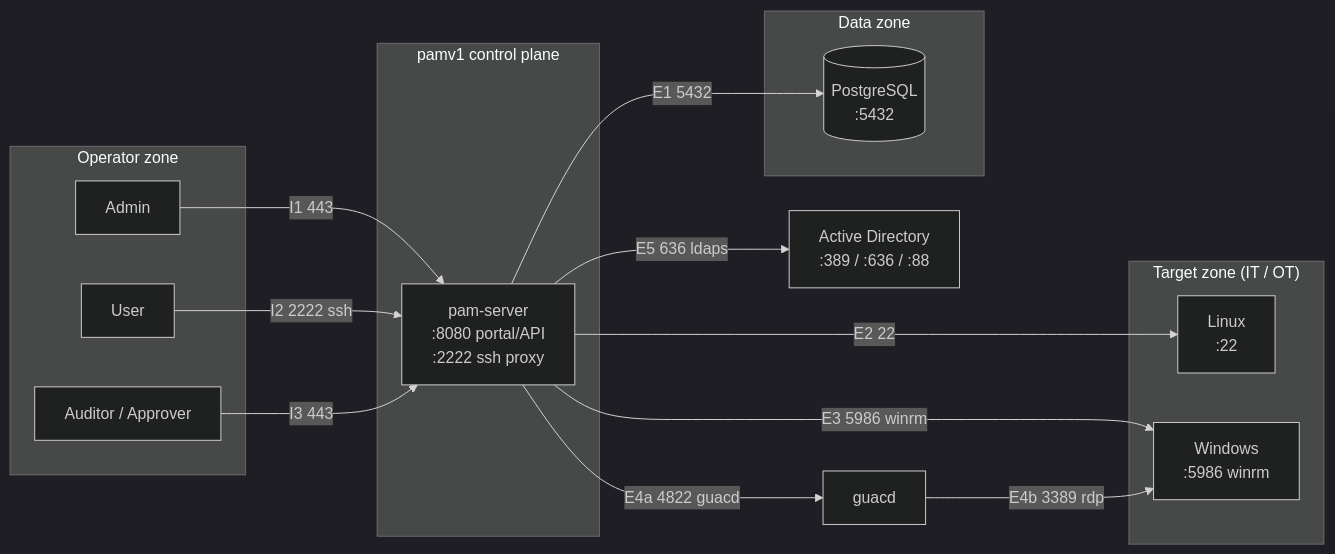
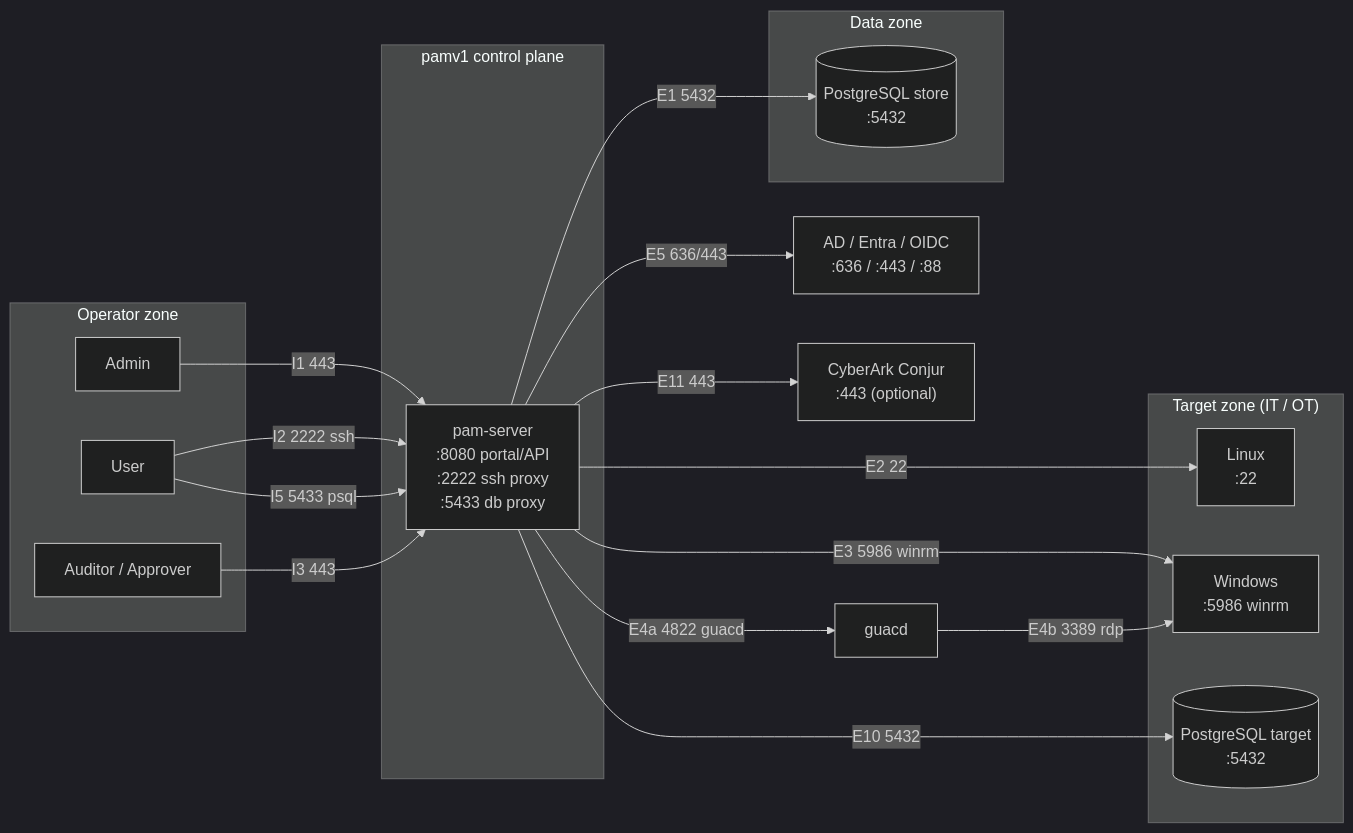
The diagram in docs/PORTS-AND-FLOWS.md (morandeirachema/pamv1), drawn with Mermaid (dark theme) before and after one commit. The commit also changed other lines of this file and 7 other files, not shown here.

````diff
--- a/docs/PORTS-AND-FLOWS.md
+++ b/docs/PORTS-AND-FLOWS.md
@@ -62,29 +70,34 @@
 ```mermaid
 flowchart LR
     subgraph OPS["Operator zone"]
         A["Admin"]
         U["User"]
         R["Auditor / Approver"]
     end
     subgraph PAM["pamv1 control plane"]
-        S["pam-server<br/>:8080 portal/API<br/>:2222 ssh proxy"]
+        S["pam-server<br/>:8080 portal/API<br/>:2222 ssh proxy<br/>:5433 db proxy"]
     end
     subgraph DATA["Data zone"]
-        DB[("PostgreSQL<br/>:5432")]
+        DB[("PostgreSQL store<br/>:5432")]
     end
     subgraph TGT["Target zone (IT / OT)"]
         L["Linux<br/>:22"]
         W["Windows<br/>:5986 winrm"]
+        PG[("PostgreSQL target<br/>:5432")]
     end
-    ID["Active Directory<br/>:389 / :636 / :88"]
+    ID["AD / Entra / OIDC<br/>:636 / :443 / :88"]
+    CJ["CyberArk Conjur<br/>:443 (optional)"]
 
     A -->|"I1 443"| S
     U -->|"I2 2222 ssh"| S
+    U -->|"I5 5433 psql"| S
     R -->|"I3 443"| S
     S -->|"E1 5432"| DB
     S -->|"E2 22"| L
     S -->|"E3 5986 winrm"| W
     S -->|"E4a 4822 guacd"| G["guacd"]
     G -->|"E4b 3389 rdp"| W
-    S -->|"E5 636 ldaps"| ID
+    S -->|"E10 5432"| PG
+    S -->|"E5 636/443"| ID
+    S -->|"E11 443"| CJ
 ```
````
